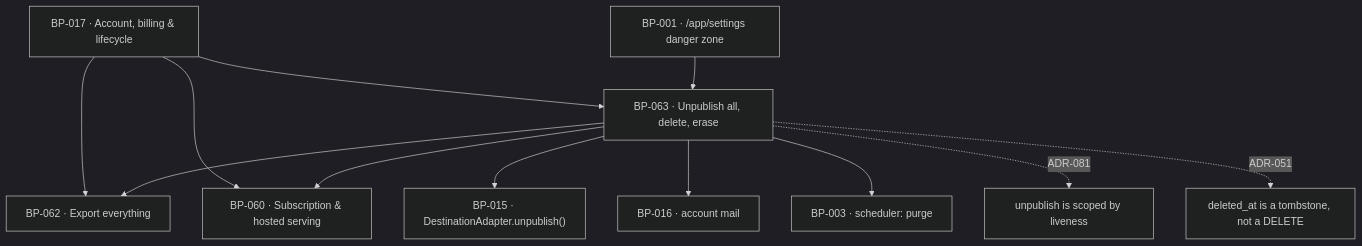
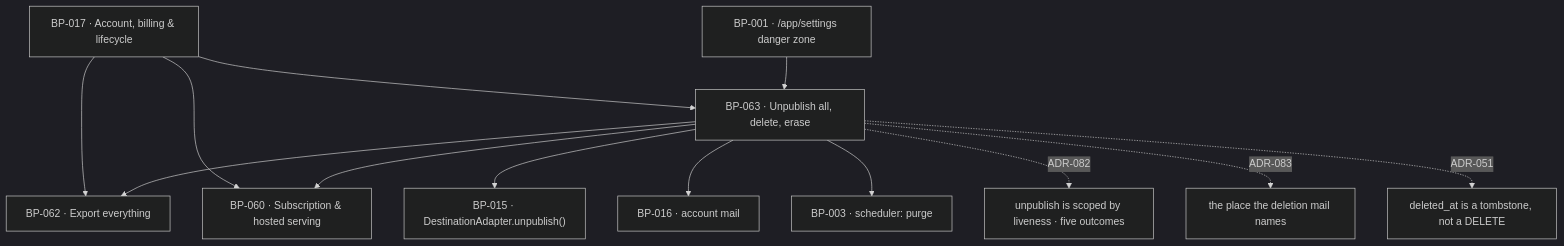
Before and after one commit to tim-clifford6991/reachkitv3: the diagram in sdlc-factory/docs/blueprints/BP-063.md, drawn with Mermaid (dark theme). The commit also changed other lines of this file and 30 other files, not shown here.

First line of the commit message:
feat(blueprints): fold the publish-live rulings into the architecture

````diff
--- a/sdlc-factory/docs/blueprints/BP-063.md
+++ b/sdlc-factory/docs/blueprints/BP-063.md
@@ -42,15 +42,16 @@
 ```mermaid
 graph TD
   BP017["BP-017 · Account, billing & lifecycle"]
   BP017 --> BP063["BP-063 · Unpublish all, delete, erase"]
   BP017 --> BP062["BP-062 · Export everything"]
   BP017 --> BP060["BP-060 · Subscription & hosted serving"]
   BP063 --> BP062
   BP063 --> BP060
   BP063 --> BP015["BP-015 · DestinationAdapter.unpublish()"]
   BP063 --> BP016["BP-016 · account mail"]
   BP063 --> BP003["BP-003 · scheduler: purge"]
   BP001["BP-001 · /app/settings danger zone"] --> BP063
-  BP063 -.->|ADR-081| LIVENESS["unpublish is scoped by liveness"]
+  BP063 -.->|ADR-082| LIVENESS["unpublish is scoped by liveness · five outcomes"]
+  BP063 -.->|ADR-083| PLACE["the place the deletion mail names"]
   BP063 -.->|ADR-051| TOMB["deleted_at is a tombstone, not a DELETE"]
 ```
````
